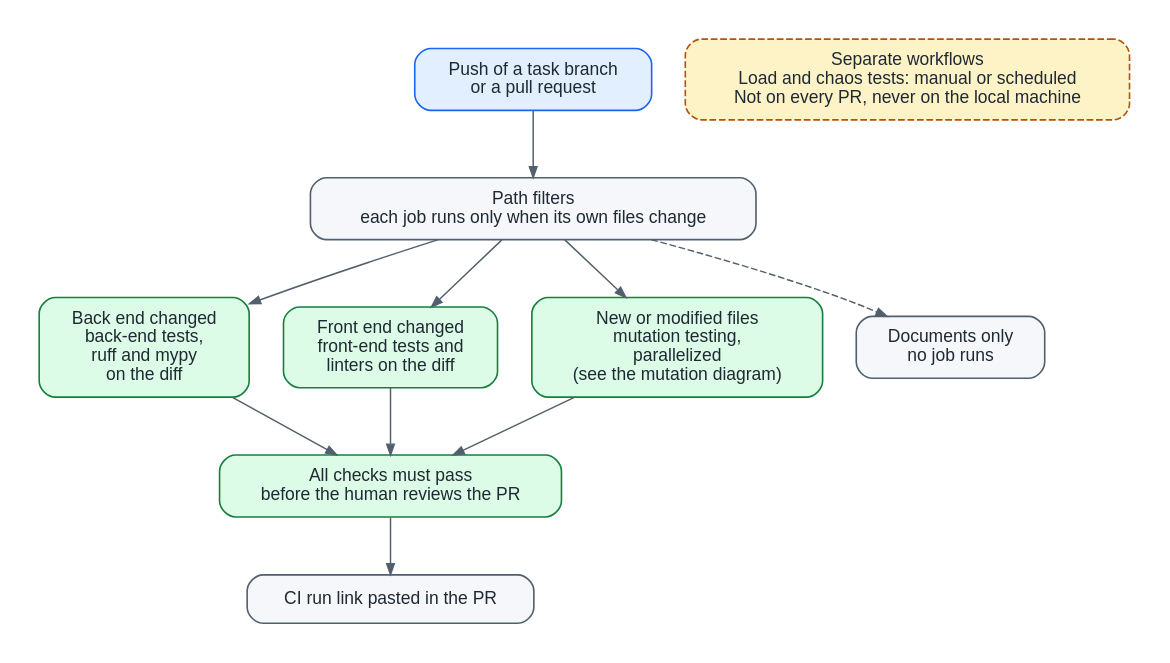
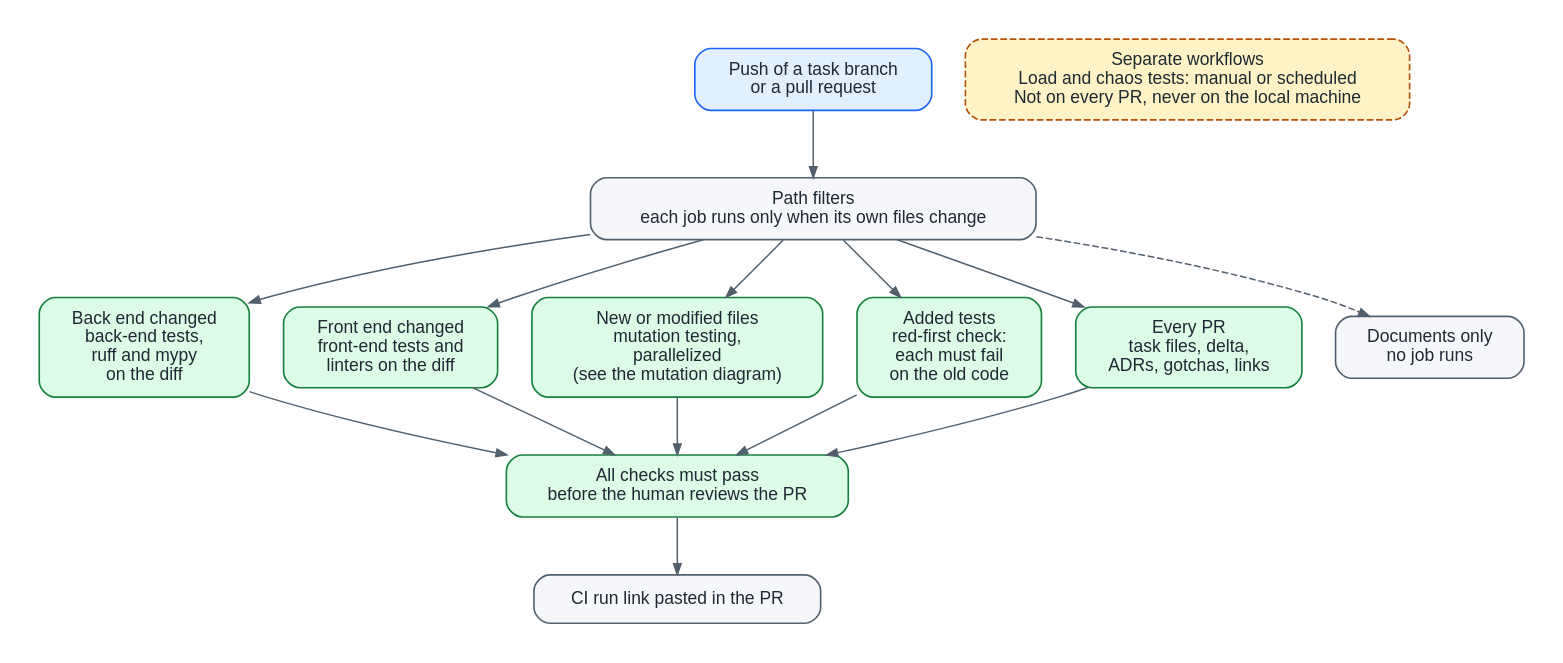
Before and after one commit to agustindiazcano/afaw-anti-fragile-agentic-workflow: the diagram in docs/diagrams/04-ci-pipeline.dot, drawn with Graphviz. The commit also changed 36 other files, not shown here.

```diff
--- a/docs/diagrams/04-ci-pipeline.dot
+++ b/docs/diagrams/04-ci-pipeline.dot
@@ -1,41 +1,47 @@
 digraph ci_pipeline {
   graph [fontname="Helvetica", fontsize=13, bgcolor="white", pad=0.3, nodesep=0.35, ranksep=0.6, splines=true, rankdir=TB];
   node  [shape=box, style="rounded,filled", fontname="Helvetica", fontsize=13, color="#15803d", fillcolor="#dcfce7", fontcolor="#1f2933", penwidth=1.2, margin="0.22,0.12"];
   edge  [fontname="Helvetica", fontsize=11, color="#52606d", fontcolor="#3e4c59", arrowsize=0.8, penwidth=1.1];
 
   node [fillcolor="#e1effe", color="#1c64f2"];
   push [label="Push of a task branch\nor a pull request"];
 
   node [fillcolor="#fef3c7", color="#b45309", style="rounded,filled,dashed"];
   heavy [label="Separate workflows\nLoad and chaos tests: manual or scheduled\nNot on every PR, never on the local machine"];
 
   node [fillcolor="#f5f7fa", color="#52606d", style="rounded,filled"];
   filt [label="Path filters\neach job runs only when its own files change"];
 
   node [fillcolor="#dcfce7", color="#15803d"];
   be   [label="Back end changed\nback-end tests,\nruff and mypy\non the diff"];
   fe   [label="Front end changed\nfront-end tests and\nlinters on the diff"];
   mut  [label="New or modified files\nmutation testing,\nparallelized\n(see the mutation diagram)"];
+  red  [label="Added tests\nred-first check:\neach must fail\non the old code"];
+  state [label="Every PR\ntask files, delta,\nADRs, gotchas, links"];
 
   node [fillcolor="#f5f7fa", color="#52606d"];
   docs [label="Documents only\nno job runs"];
 
   node [fillcolor="#dcfce7", color="#15803d"];
   gate [label="All checks must pass\nbefore the human reviews the PR"];
 
   node [fillcolor="#f5f7fa", color="#52606d"];
   link [label="CI run link pasted in the PR"];
 
   {rank=same; push; heavy;}
-  {rank=same; be; fe; mut; docs;}
+  {rank=same; be; fe; red; mut; state; docs;}
 
   push -> filt;
   filt -> be;
   filt -> fe;
+  filt -> red;
   filt -> mut;
+  filt -> state;
   filt -> docs [style=dashed];
   be -> gate;
   fe -> gate;
+  red -> gate;
   mut -> gate;
+  state -> gate;
   gate -> link;
 }
```
